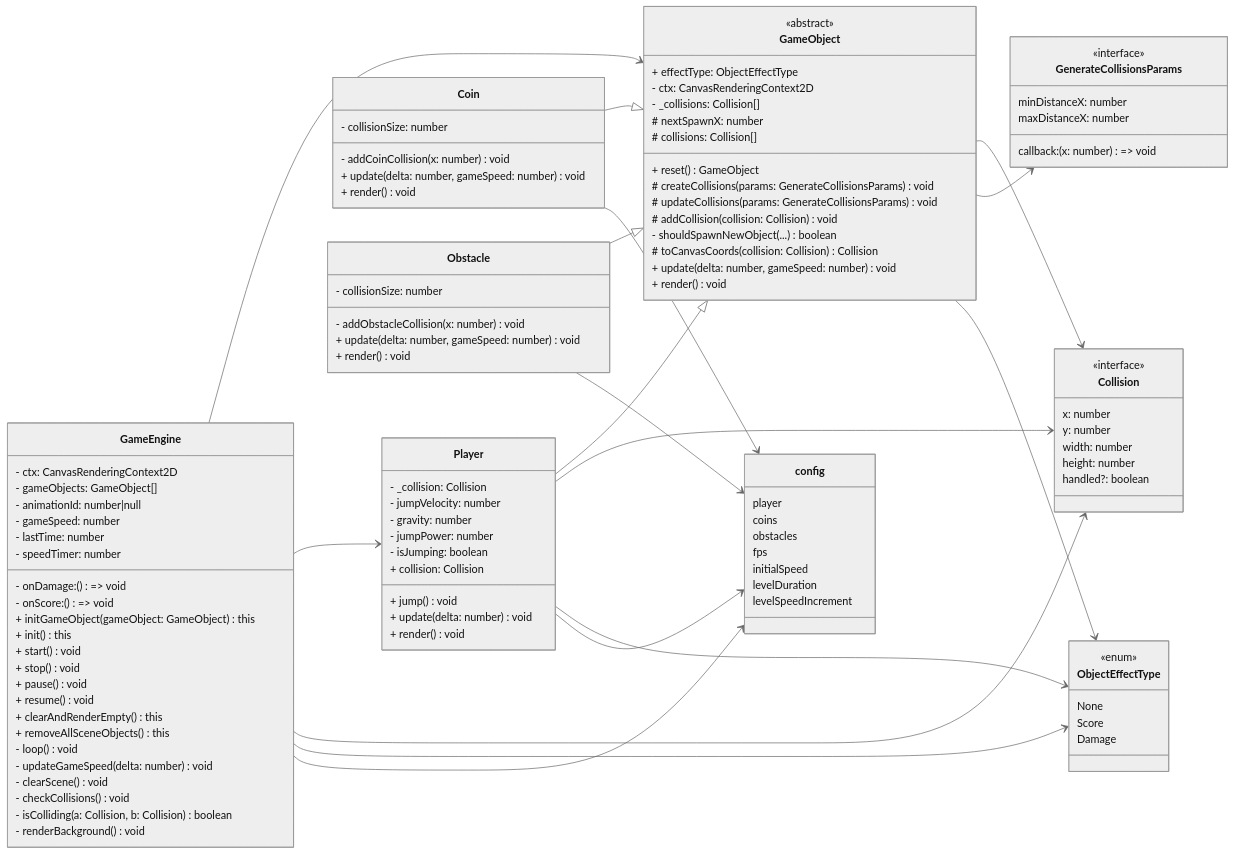
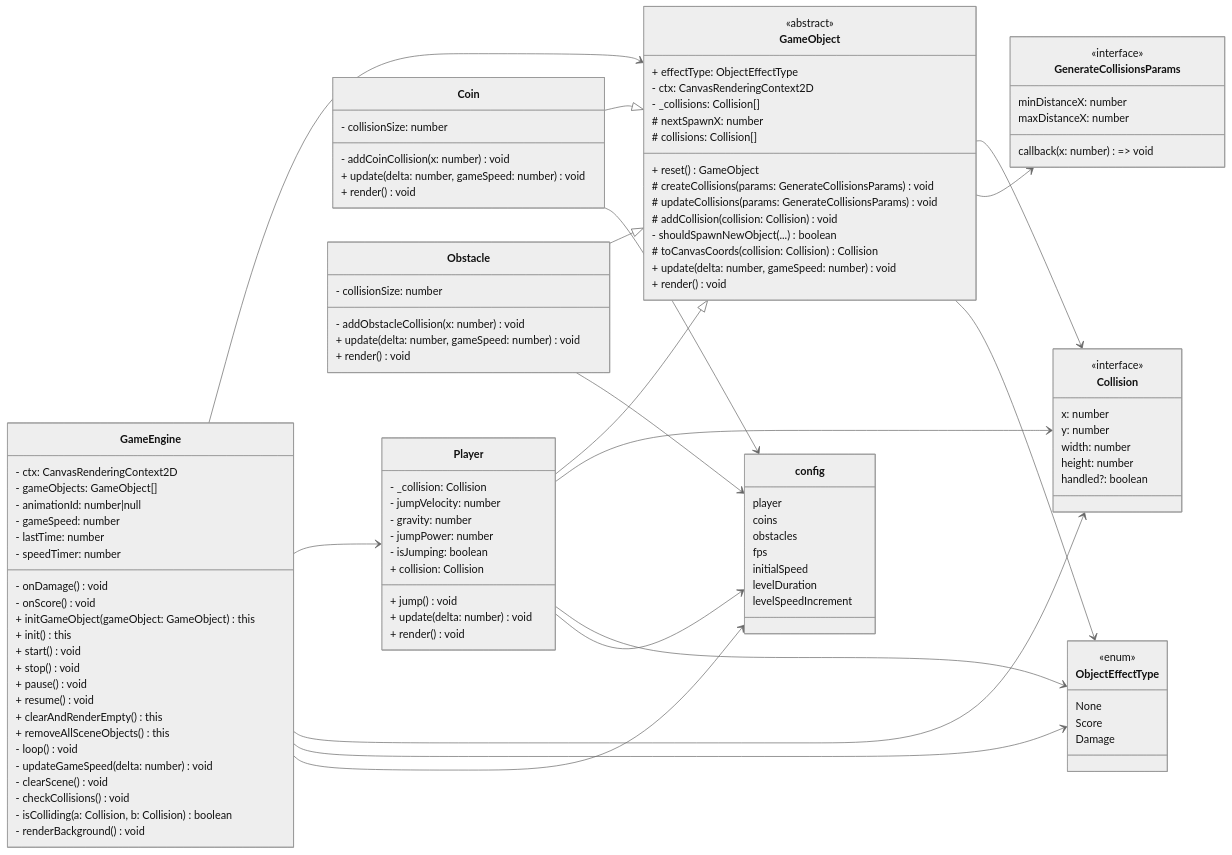
Before and after one commit to tropnikov/echo-runner: the diagram in packages/client/docs/gameEngine.md, drawn with Mermaid (neutral theme). The commit also changed 2 other files, not shown here.

Commit message:
update: Добавлен сценарий игры и главная страница.

```diff
--- a/packages/client/docs/gameEngine.md
+++ b/packages/client/docs/gameEngine.md
@@ -66,13 +66,13 @@
   %% Игровой движок
   class GameEngine {
     - ctx: CanvasRenderingContext2D
-    - onDamage: () => void
-    - onScore: () => void
     - gameObjects: GameObject[]
     - animationId: number|null
     - gameSpeed: number
     - lastTime: number
     - speedTimer: number
+    - onDamage() void
+    - onScore() void
     + initGameObject(gameObject: GameObject) this
     + init() this
     + start() void
@@ -103,7 +103,7 @@
     <<interface>>
     minDistanceX: number
     maxDistanceX: number
-    callback: (x: number) => void
+    callback(x: number) => void
   }
 
   class ObjectEffectType {
```
